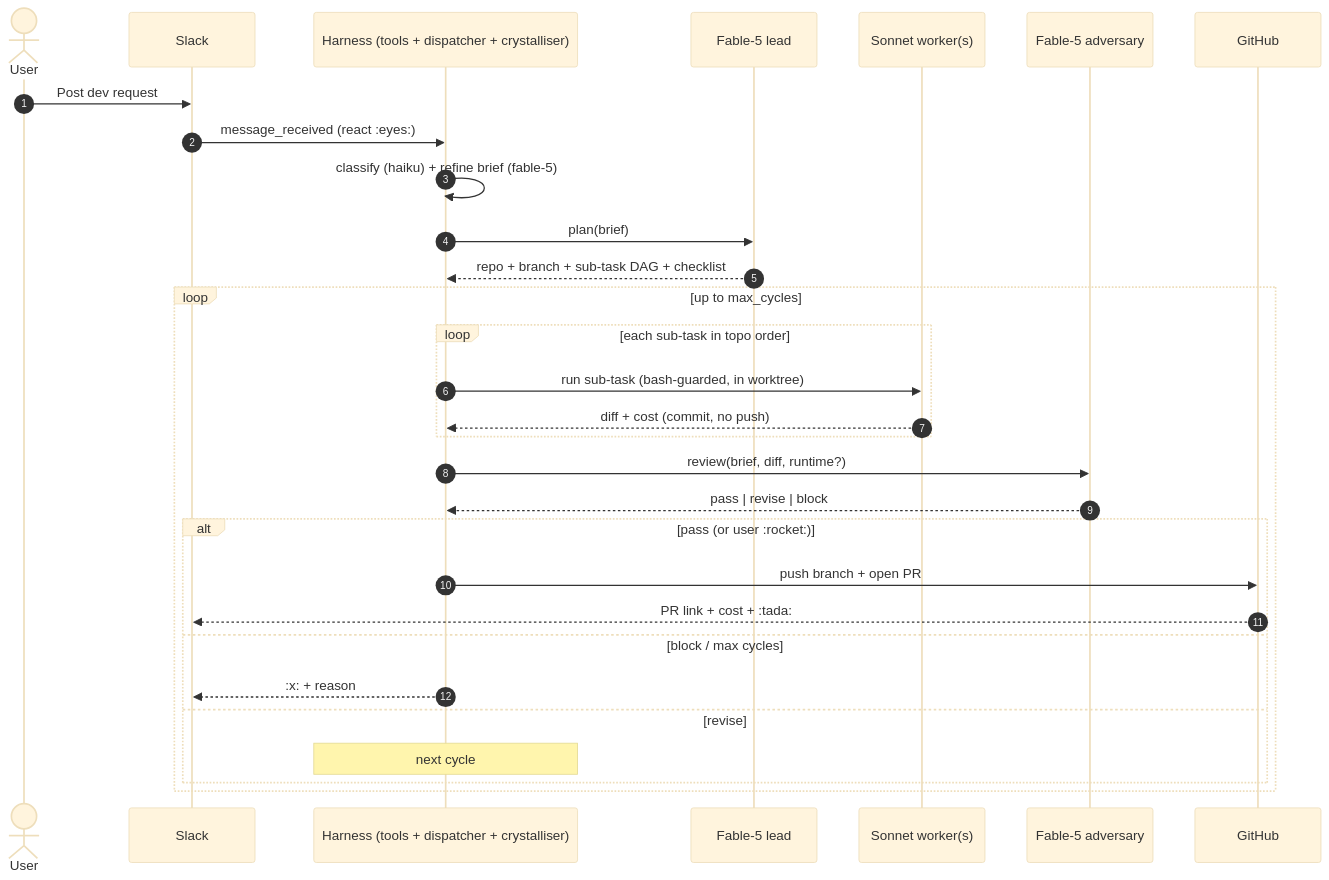
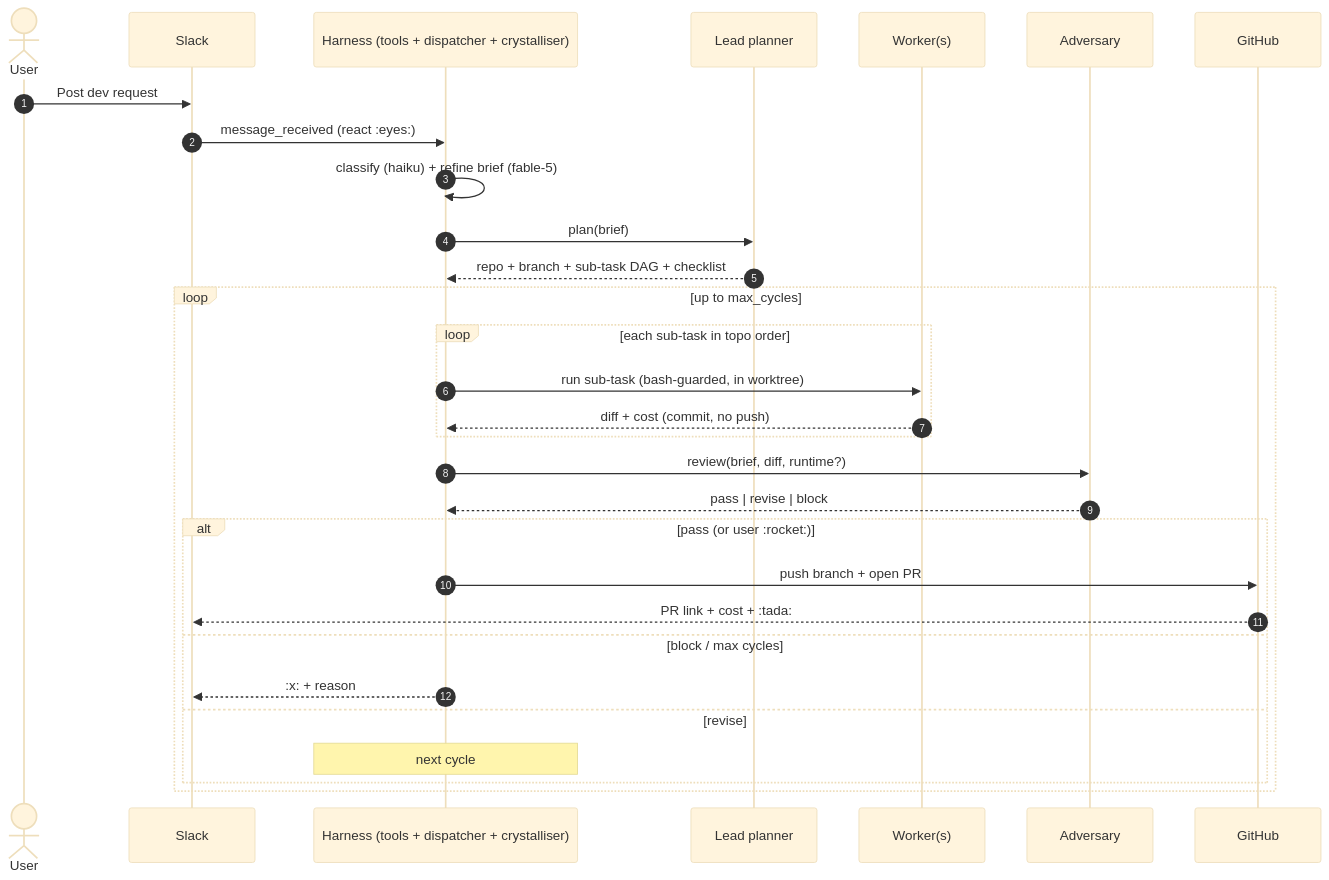
Before and after one commit to CarelvanHeerden/openclaw-agent-harness: the diagram in README.md, drawn with Mermaid (base theme). The commit also changed other lines of this file and 138 other files, not shown here.

````diff
--- a/README.md
+++ b/README.md
@@ -149,34 +149,34 @@
 ```mermaid
 sequenceDiagram
   autonumber
   actor User
   participant Slack
   participant Harness as Harness (tools + dispatcher + crystalliser)
-  participant Lead as Fable-5 lead
-  participant Worker as Sonnet worker(s)
-  participant Adv as Fable-5 adversary
+  participant Lead as Lead planner
+  participant Worker as Worker(s)
+  participant Adv as Adversary
   participant GH as GitHub
 
   User->>Slack: Post dev request
   Slack->>Harness: message_received (react :eyes:)
   Harness->>Harness: classify (haiku) + refine brief (fable-5)
   Harness->>Lead: plan(brief)
   Lead-->>Harness: repo + branch + sub-task DAG + checklist
 
   loop up to max_cycles
     loop each sub-task in topo order
       Harness->>Worker: run sub-task (bash-guarded, in worktree)
       Worker-->>Harness: diff + cost (commit, no push)
     end
     Harness->>Adv: review(brief, diff, runtime?)
     Adv-->>Harness: pass | revise | block
     alt pass (or user :rocket:)
       Harness->>GH: push branch + open PR
       GH-->>Slack: PR link + cost + :tada:
     else block / max cycles
       Harness-->>Slack: :x: + reason
     else revise
       Note over Harness: next cycle
     end
   end
 ```
````
